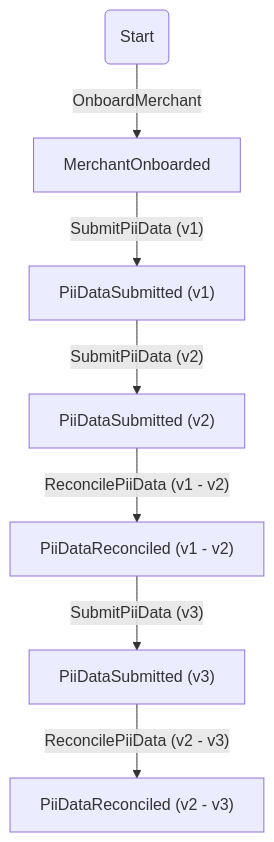
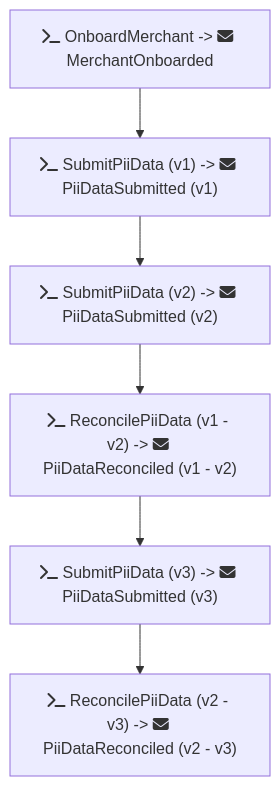
One commit to Michal-Kucera/event-sourcing-playground changed the first of 2 diagrams in README.md. Above: the diagram before and after it, drawn with Mermaid. The commit also changed other lines of this file, not shown here.

````diff
--- a/README.md
+++ b/README.md
@@ -23,9 +48,8 @@
 ```mermaid
-flowchart TD
-    A("Start") -->|OnboardMerchant| B[MerchantOnboarded]
-    B -->|" SubmitPiiData (v1) "| C["PiiDataSubmitted (v1)"]
-    C -->|" SubmitPiiData (v2) "| D["PiiDataSubmitted (v2)"]
-    D -->|" ReconcilePiiData (v1 - v2) "| E["PiiDataReconciled (v1 - v2)"]
-    E -->|" SubmitPiiData (v3) "| F["PiiDataSubmitted (v3)"]
-    F -->|" ReconcilePiiData (v2 - v3) "| G["PiiDataReconciled (v2 - v3)"]
+flowchart TB
+    A[fa:fa-terminal OnboardMerchant -> fa:fa-envelope MerchantOnboarded] --> B["fa:fa-terminal SubmitPiiData (v1) -> fa:fa-envelope PiiDataSubmitted (v1)"]
+    B --> C["fa:fa-terminal SubmitPiiData (v2) -> fa:fa-envelope PiiDataSubmitted (v2)"]
+    C --> D["fa:fa-terminal ReconcilePiiData (v1 - v2) -> fa:fa-envelope PiiDataReconciled (v1 - v2)"]
+    D --> E["fa:fa-terminal SubmitPiiData (v3) -> fa:fa-envelope PiiDataSubmitted (v3)"]
+    E --> F["fa:fa-terminal ReconcilePiiData (v2 - v3) -> fa:fa-envelope PiiDataReconciled (v2 - v3)"]
 ```
````
